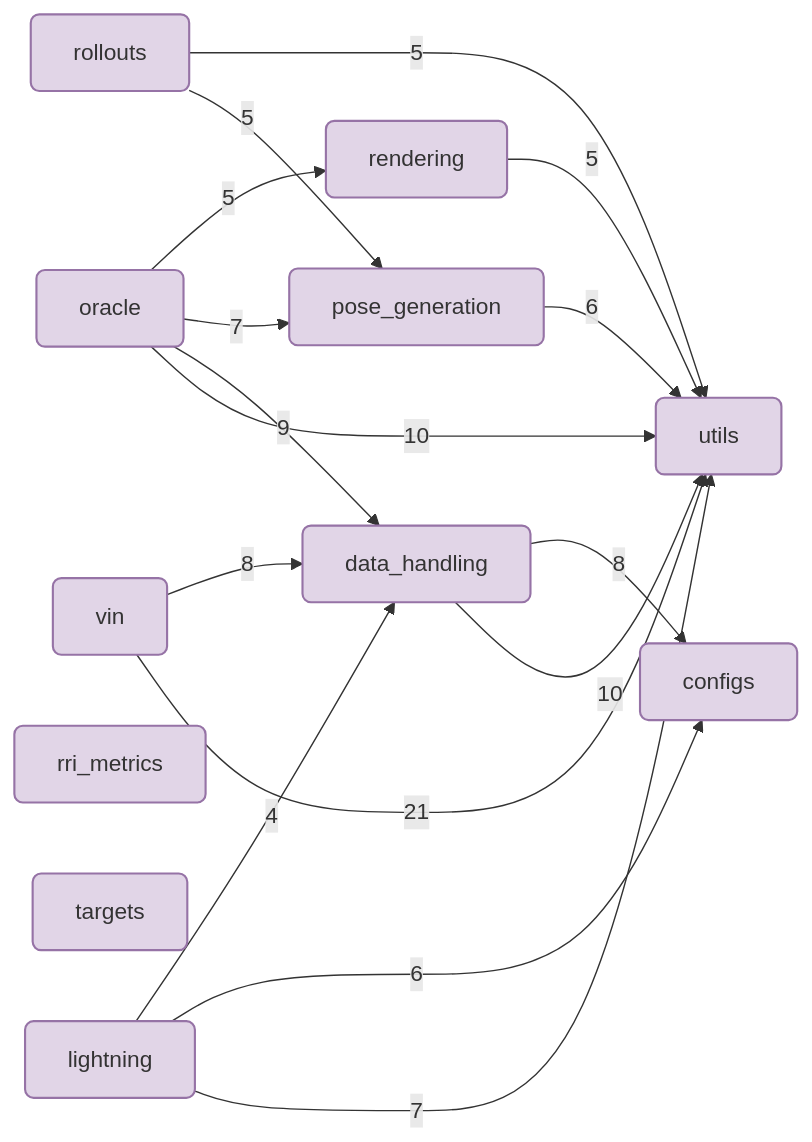
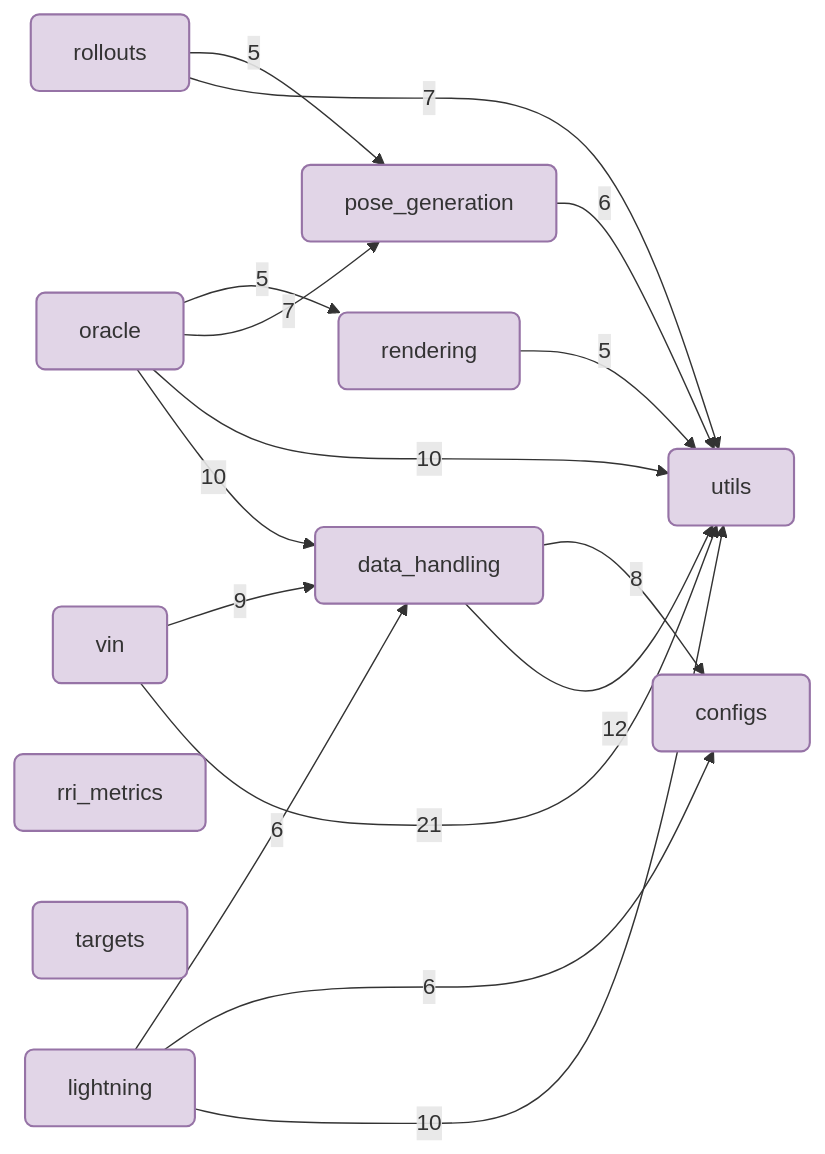
One commit to JanDuchscherer104/NBV changed the diagram in docs/reference/_package_dependencies.mmd. Above: the diagram before and after it, drawn with Mermaid. The commit also changed 5 other files, not shown here.

```diff
--- a/docs/reference/_package_dependencies.mmd
+++ b/docs/reference/_package_dependencies.mmd
@@ -1,35 +1,35 @@
 %% Generated by scripts/quartodoc_generate_dependency_diagram.py; do not edit.
 flowchart LR
   configs["configs"]
   data_handling["data_handling"]
   lightning["lightning"]
   oracle["oracle"]
   pose_generation["pose_generation"]
   rendering["rendering"]
   rollouts["rollouts"]
   rri_metrics["rri_metrics"]
   targets["targets"]
   utils["utils"]
   vin["vin"]
   vin -->|"21"| utils
-  data_handling -->|"10"| utils
+  data_handling -->|"12"| utils
+  lightning -->|"10"| utils
+  oracle -->|"10"| data_handling
   oracle -->|"10"| utils
-  oracle -->|"9"| data_handling
+  vin -->|"9"| data_handling
   data_handling -->|"8"| configs
-  vin -->|"8"| data_handling
-  lightning -->|"7"| utils
   oracle -->|"7"| pose_generation
+  rollouts -->|"7"| utils
   lightning -->|"6"| configs
+  lightning -->|"6"| data_handling
   pose_generation -->|"6"| utils
   oracle -->|"5"| rendering
   rendering -->|"5"| utils
   rollouts -->|"5"| pose_generation
-  rollouts -->|"5"| utils
-  lightning -->|"4"| data_handling
 
   classDef input fill:#D5E8D4,stroke:#82B366,stroke-width:1.5px,rx:0,ry:0;
   classDef output fill:#F8CECC,stroke:#B85450,stroke-width:1.5px,rx:0,ry:0;
   classDef compute fill:#E1D5E7,stroke:#9673A6,stroke-width:1.5px,rx:8,ry:8;
   classDef data fill:#F5F5F5,stroke:#9E9E9E,stroke-width:1.2px,rx:0,ry:0;
   classDef package fill:#E1D5E7,stroke:#9673A6,stroke-width:1.5px,rx:6,ry:6;
   class configs,data_handling,lightning,oracle,pose_generation,rendering,rollouts,rri_metrics,targets,utils,vin package;
```
